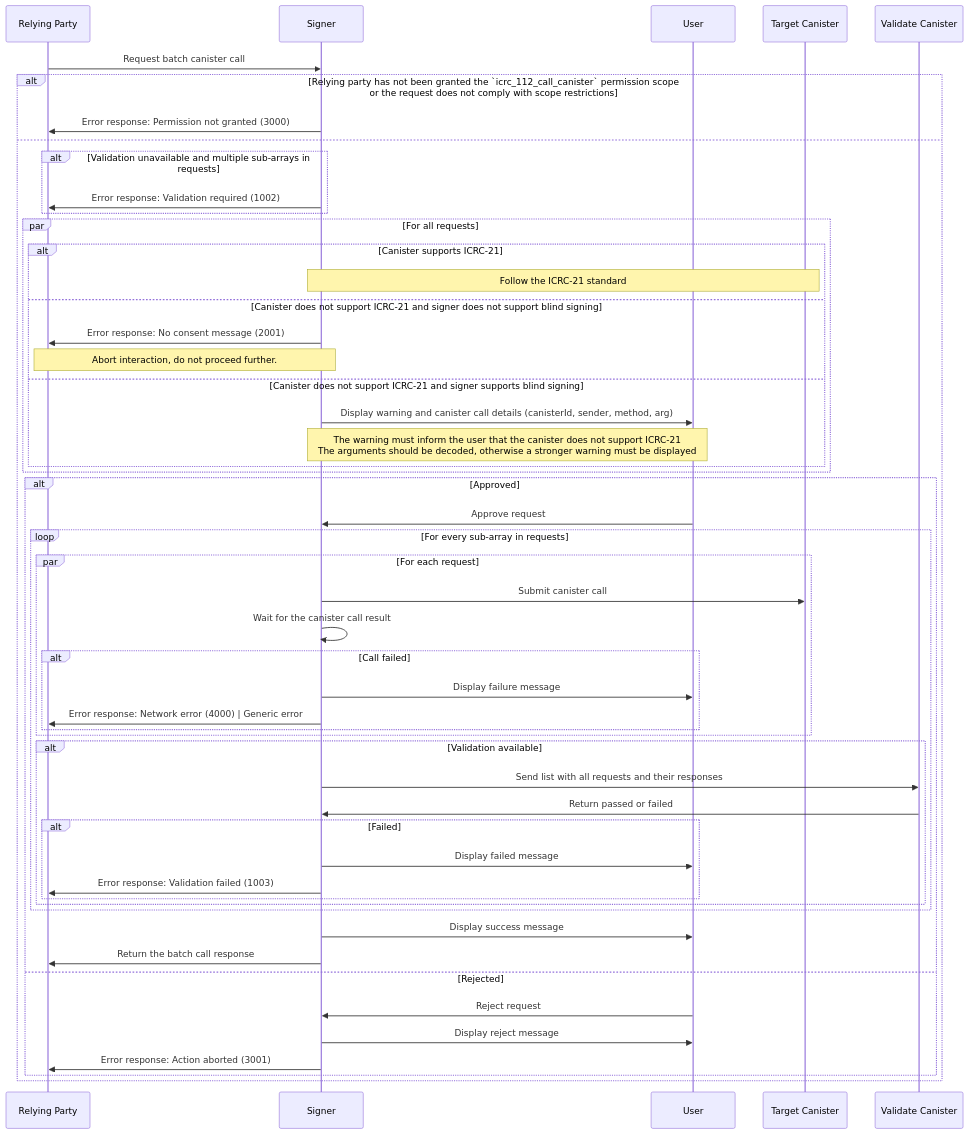
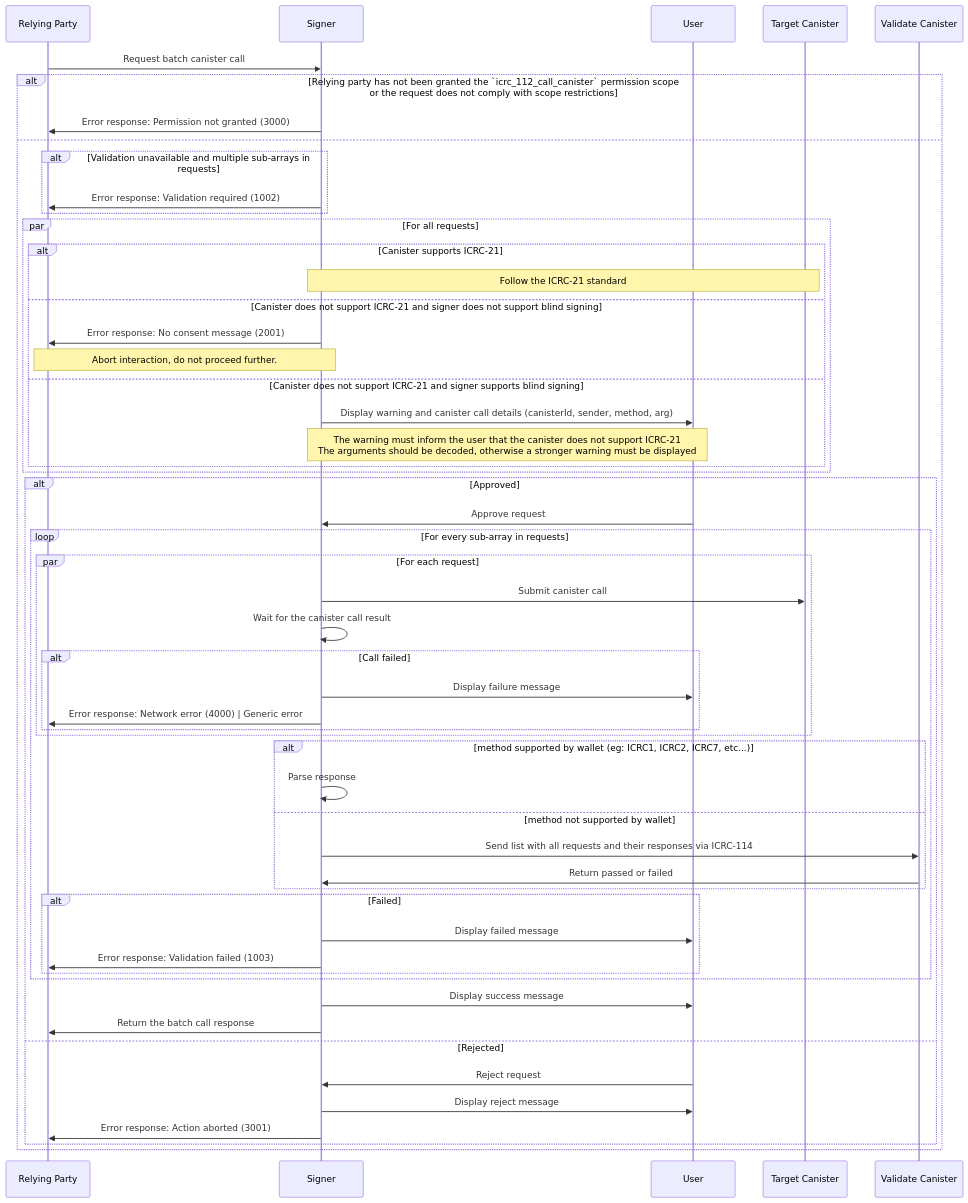
One commit to dfinity/wg-identity-authentication changed the diagram in topics/icrc_112_batch_canister_call.md. Above: the diagram before and after it, drawn with Mermaid. The commit also changed other lines of this file, not shown here.

````diff
--- a/topics/icrc_112_batch_canister_call.md
+++ b/topics/icrc_112_batch_canister_call.md
@@ -84,55 +84,63 @@
 ```mermaid
 sequenceDiagram
     participant RP as Relying Party
     participant S as Signer
     participant U as User
     participant C as Target Canister
     participant VC as Validate Canister
 
     RP ->> S: Request batch canister call
     alt Relying party has not been granted the `icrc_112_call_canister` permission scope<br>or the request does not comply with scope restrictions
         S ->> RP: Error response: Permission not granted (3000)
     else
         alt Validation unavailable and multiple sub-arrays in requests
             S ->> RP: Error response: Validation required (1002)
         end
         par For all requests
             alt Canister supports ICRC-21
                 Note over S,C: Follow the ICRC-21 standard
             else Canister does not support ICRC-21 and signer does not support blind signing
                 S ->> RP: Error response: No consent message (2001)
                 Note over RP,S: Abort interaction, do not proceed further.
             else Canister does not support ICRC-21 and signer supports blind signing
                 S ->> U: Display warning and canister call details (canisterId, sender, method, arg)
                 Note over S,U: The warning must inform the user that the canister does not support ICRC-21<br/>The arguments should be decoded, otherwise a stronger warning must be displayed
             end
         end
         alt Approved
             U ->> S: Approve request
             loop For every sub-array in requests
                 par For each request
                     S ->> C: Submit canister call
                     S ->> S: Wait for the canister call result
                     alt Call failed
                         S ->> U: Display failure message
                         S ->> RP: Error response: Network error (4000) | Generic error
                     end
                 end
-                alt Validation available
-                    S ->> VC: Send list with all requests and their responses
+
+                %% validation only one in both validation
+                alt method supported by wallet (eg: ICRC1, ICRC2, ICRC7, etc...)
+                    S ->> S: Parse response
+                else method not supported by wallet 
+                    S ->> VC: Send list with all requests and their responses via ICRC-114
                     VC ->> S: Return passed or failed
-                    alt Failed
-                        S ->> U: Display failed message
-                        S ->> RP: Error response: Validation failed (1003)
-                    end
+                end 
+
+                
+                alt Failed
+                    S ->> U: Display failed message
+                    S ->> RP: Error response: Validation failed (1003)
                 end
             end
+
             S ->> U: Display success message
             S ->> RP: Return the batch call response
+       
         else Rejected
             U ->> S: Reject request
             S ->> U: Display reject message
             S ->> RP: Error response: Action aborted (3001)
         end
     end
 ```
````
